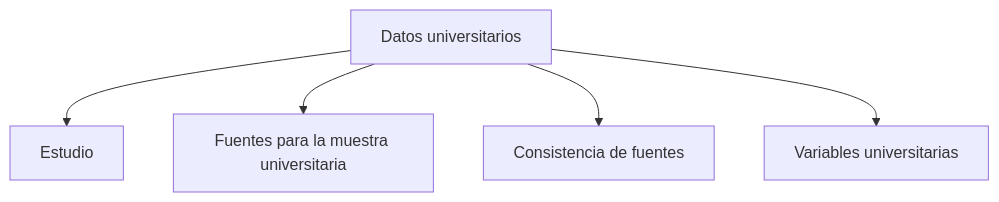
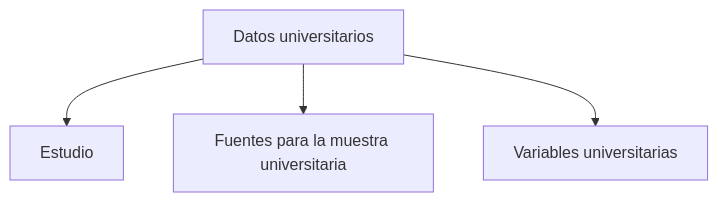
One commit to GonzaloAlmendariz/prosecnur-app changed the diagram in Obsidian_Prosecnur/Prosecnur/Módulos/05 Calculador de muestras/Modos/01 Muestra de cursos-horario/Secciones/01 Datos/Datos.md. Above: the diagram before and after it, drawn with Mermaid. The commit also changed other lines of this file and 16 other files, not shown here.

````diff
--- a/Obsidian_Prosecnur/Prosecnur/Módulos/05 Calculador de muestras/Modos/01 Muestra de cursos-horario/Secciones/01 Datos/Datos.md
+++ b/Obsidian_Prosecnur/Prosecnur/Módulos/05 Calculador de muestras/Modos/01 Muestra de cursos-horario/Secciones/01 Datos/Datos.md
@@ -26,8 +26,7 @@
 ```mermaid
 flowchart TD
     N["Datos universitarios"]
     N --> C1["Estudio"]
     N --> C2["Fuentes para la muestra universitaria"]
-    N --> C3["Consistencia de fuentes"]
-    N --> C4["Variables universitarias"]
+    N --> C3["Variables universitarias"]
 ```
````
